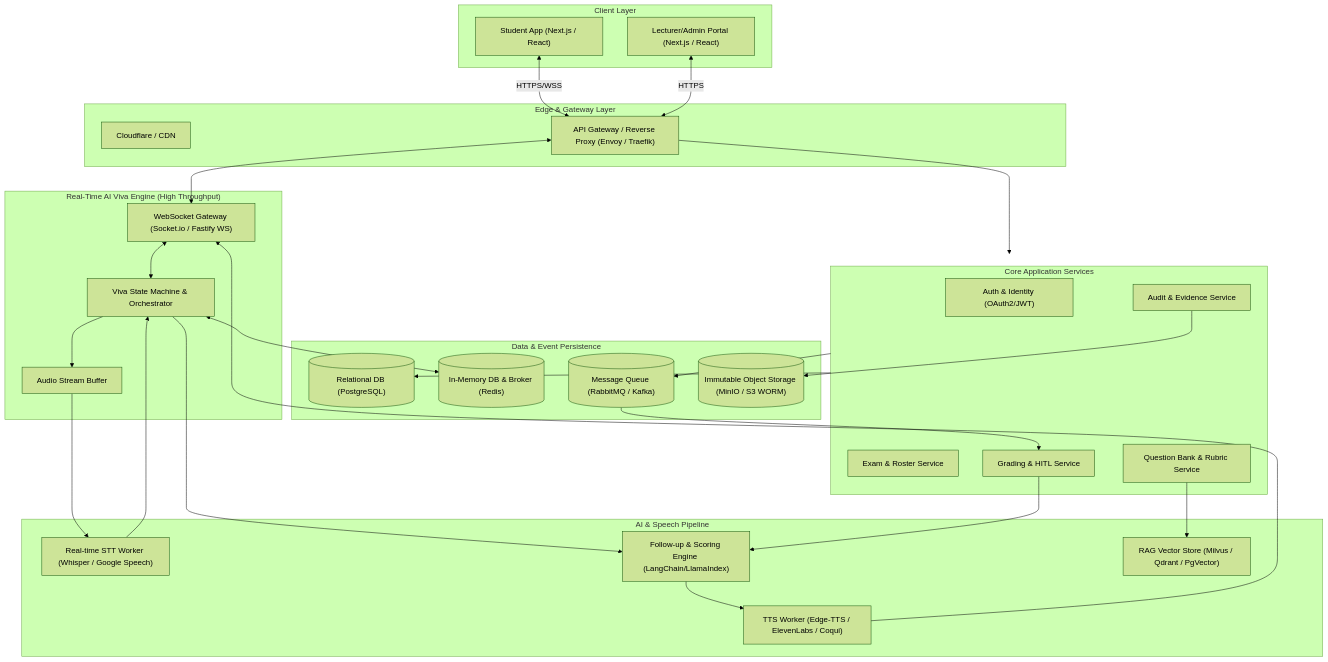
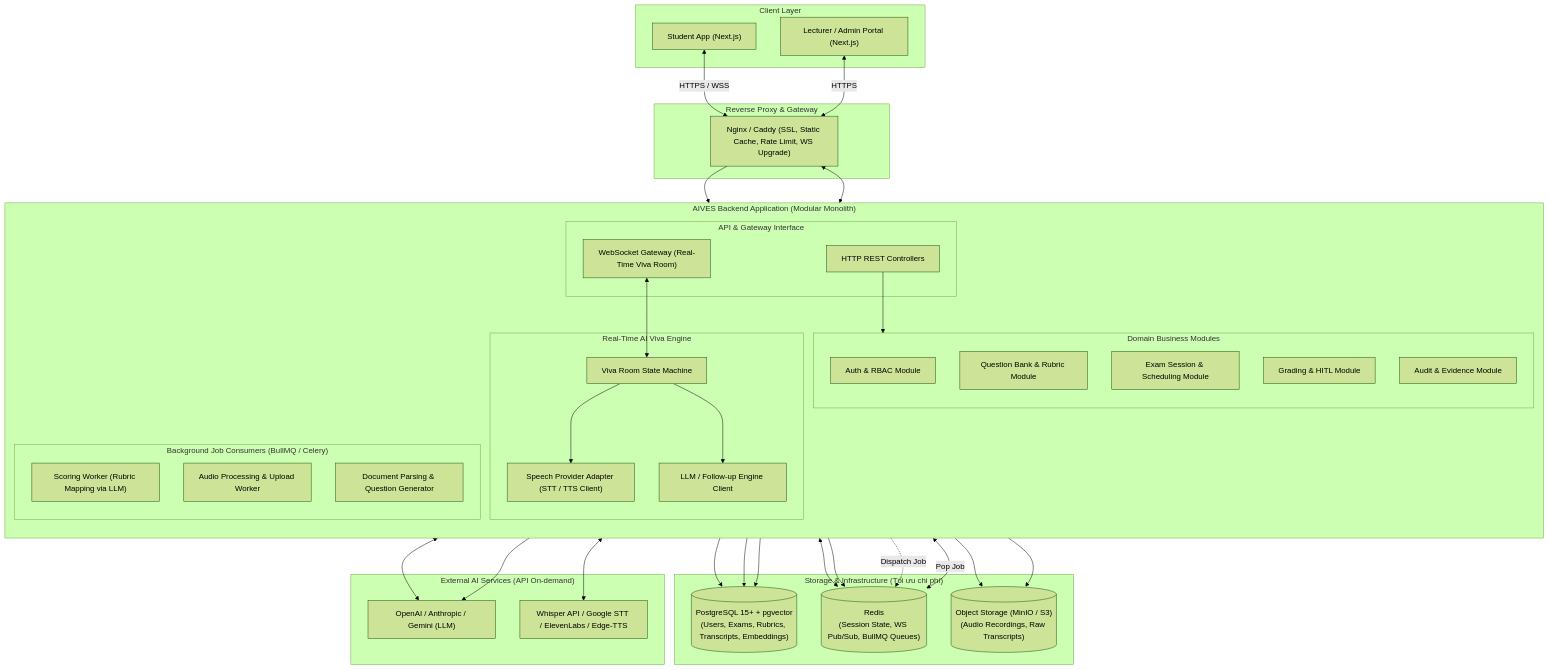
Before and after one commit to SWD392-Group-4/AI-powered-Viva-Exam-System: the first of 2 diagrams in document/02-architecture-design.md, drawn with Mermaid (forest theme). The commit also changed other lines of this file, not shown here.

Commit message:
docs: add architecture design document

````diff
--- a/document/02-architecture-design.md
+++ b/document/02-architecture-design.md
@@ -12,61 +13,77 @@
 ```mermaid
 flowchart TB
     subgraph Clients["Client Layer"]
-        STU["Student App (Next.js / React)"]
-        LEC["Lecturer/Admin Portal (Next.js / React)"]
+        STU["Student App (Next.js)"]
+        LEC["Lecturer / Admin Portal (Next.js)"]
     end
 
-    subgraph Gateway["Edge & Gateway Layer"]
-        CDN["Cloudflare / CDN"]
-        APIGW["API Gateway / Reverse Proxy (Envoy / Traefik)"]
+    subgraph ReverseProxy["Reverse Proxy & Gateway"]
+        NGINX["Nginx / Caddy (SSL, Static Cache, Rate Limit, WS Upgrade)"]
     end
 
-    subgraph CoreBackend["Core Application Services"]
-        AUTH["Auth & Identity (OAuth2/JWT)"]
-        EXAM["Exam & Roster Service"]
-        BANK["Question Bank & Rubric Service"]
-        GRADE["Grading & HITL Service"]
-        AUDIT["Audit & Evidence Service"]
+    subgraph ModularMonolith["AIVES Backend Application (Modular Monolith)"]
+        direction TB
+
+        subgraph REST_WS["API & Gateway Interface"]
+            API_ROUTER["HTTP REST Controllers"]
+            WS_GATEWAY["WebSocket Gateway (Real-Time Viva Room)"]
+        end
+
+        subgraph CoreModules["Domain Business Modules"]
+            AUTH_MOD["Auth & RBAC Module"]
+            BANK_MOD["Question Bank & Rubric Module"]
+            EXAM_MOD["Exam Session & Scheduling Module"]
+            GRADE_MOD["Grading & HITL Module"]
+            AUDIT_MOD["Audit & Evidence Module"]
+        end
+
+        subgraph VivaOrch["Real-Time AI Viva Engine"]
+            VIVA_FSM["Viva Room State Machine"]
+            SPEECH_ADAPTER["Speech Provider Adapter (STT / TTS Client)"]
+            AI_ADAPTER["LLM / Follow-up Engine Client"]
+        end
+
+        subgraph BackgroundWorker["Background Job Consumers (BullMQ / Celery)"]
+            SCORE_WORKER["Scoring Worker (Rubric Mapping via LLM)"]
+            AUDIO_WORKER["Audio Processing & Upload Worker"]
+            RAG_WORKER["Document Parsing & Question Generator"]
+        end
     end
 
-    subgraph RealTime["Real-Time AI Viva Engine (High Throughput)"]
-        WS["WebSocket Gateway (Socket.io / Fastify WS)"]
-        ORCH["Viva State Machine & Orchestrator"]
-        AUDIO_BUF["Audio Stream Buffer"]
+    subgraph Persistence["Storage & Infrastructure (Tối ưu chi phí)"]
+        PG[("PostgreSQL 15+ + pgvector\n(Users, Exams, Rubrics, Transcripts, Embeddings)")]
+        REDIS[("Redis\n(Session State, WS Pub/Sub, BullMQ Queues)")]
+        STORAGE[("Object Storage (MinIO / S3)\n(Audio Recordings, Raw Transcripts)")]
     end
 
-    subgraph AIServices["AI & Speech Pipeline"]
-        STT["Real-time STT Worker (Whisper / Google Speech)"]
-        LLM["Follow-up & Scoring Engine (LangChain/LlamaIndex)"]
-        TTS["TTS Worker (Edge-TTS / ElevenLabs / Coqui)"]
-        RAG["RAG Vector Store (Milvus / Qdrant / PgVector)"]
+    subgraph ExternalAI["External AI Services (API On-demand)"]
+        OPENAI["OpenAI / Anthropic / Gemini (LLM)"]
+        SPEECH_API["Whisper API / Google STT / ElevenLabs / Edge-TTS"]
     end
 
-    subgraph Storage["Data & Event Persistence"]
-        RDBMS[("Relational DB (PostgreSQL)")]
-        REDIS[("In-Memory DB & Broker (Redis)")]
-        MQ[("Message Queue (RabbitMQ / Kafka)")]
-        OBJ[("Immutable Object Storage (MinIO / S3 WORM)")]
-    end
+    STU <-->|HTTPS / WSS| NGINX
+    LEC <-->|HTTPS| NGINX
+    NGINX --> API_ROUTER
+    NGINX <--> WS_GATEWAY
 
-    STU <-->|HTTPS/WSS| APIGW
-    LEC <-->|HTTPS| APIGW
-    APIGW --> CoreBackend
-    APIGW <--> WS
+    API_ROUTER --> CoreModules
+    WS_GATEWAY <--> VIVA_FSM
+    VIVA_FSM <--> REDIS
+    VIVA_FSM --> SPEECH_ADAPTER
+    VIVA_FSM --> AI_ADAPTER
 
-    WS <--> ORCH
-    ORCH <--> REDIS
-    ORCH --> AUDIO_BUF
-    AUDIO_BUF --> STT
-    STT --> ORCH
-    ORCH --> LLM
-    LLM --> TTS
-    TTS --> WS
+    SPEECH_ADAPTER <--> SPEECH_API
+    AI_ADAPTER <--> OPENAI
 
-    CoreBackend --> RDBMS
-    CoreBackend --> MQ
-    MQ --> GRADE
-    GRADE --> LLM
-    AUDIT --> OBJ
-    BANK --> RAG
+    CoreModules --> PG
+    CoreModules --> REDIS
+    CoreModules -.->|Dispatch Job| REDIS
+
+    BackgroundWorker <-->|Pop Job| REDIS
+    SCORE_WORKER --> PG
+    SCORE_WORKER --> OPENAI
+    AUDIO_WORKER --> STORAGE
+    RAG_WORKER --> PG
+
+    AUDIT_MOD --> STORAGE
 ```
````
